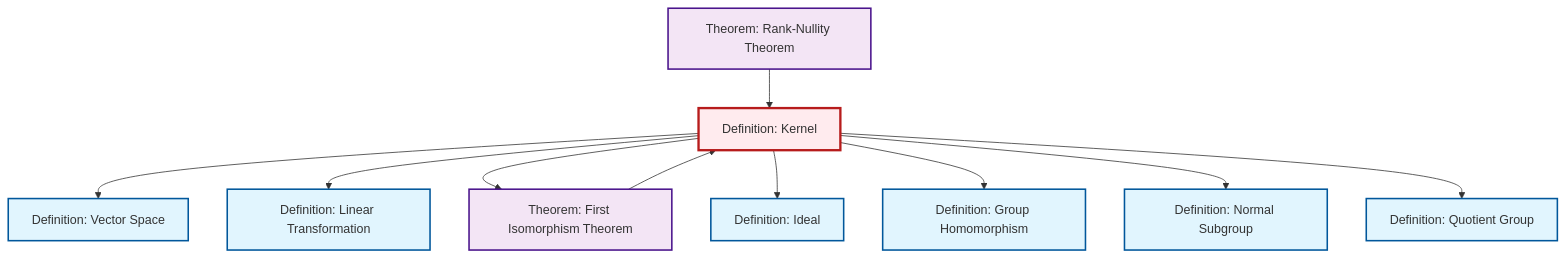
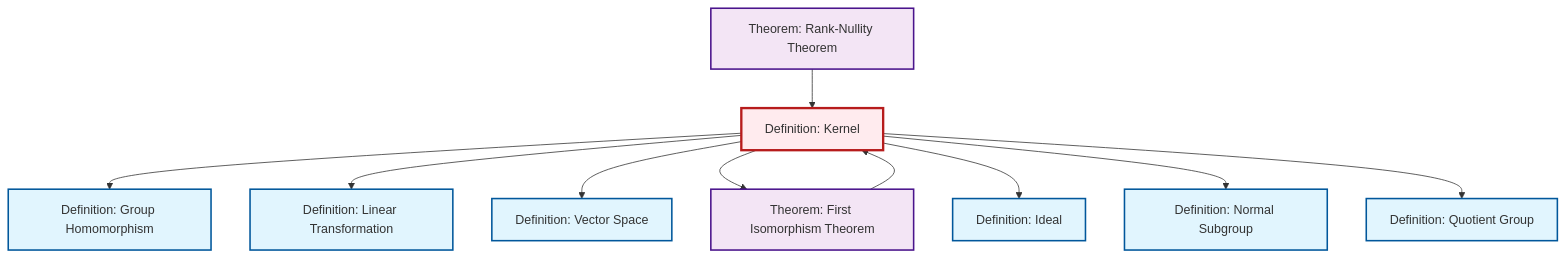
One commit to RK0429/ModernMath changed the diagram in content/ja/algebra/def-kernel.qmd. Above: the diagram before and after it, drawn with Mermaid. The commit also changed other lines of this file and 554 other files, not shown here.

````diff
--- a/content/ja/algebra/def-kernel.qmd
+++ b/content/ja/algebra/def-kernel.qmd
@@ -80,36 +80,36 @@
 ```{mermaid}
 %%| fig-cap: "Local dependency graph"
 graph TD
     classDef definition fill:#e1f5fe,stroke:#01579b,stroke-width:2px
     classDef theorem fill:#f3e5f5,stroke:#4a148c,stroke-width:2px
     classDef axiom fill:#fff3e0,stroke:#e65100,stroke-width:2px
     classDef example fill:#e8f5e9,stroke:#1b5e20,stroke-width:2px
     classDef current fill:#ffebee,stroke:#b71c1c,stroke-width:3px
+    def-quotient-group["Definition: Quotient Group"]:::definition
+    def-vector-space["Definition: Vector Space"]:::definition
+    thm-rank-nullity["Theorem: Rank-Nullity Theorem"]:::theorem
+    def-kernel["Definition: Kernel"]:::definition
     def-ideal["Definition: Ideal"]:::definition
-    def-quotient-group["Definition: Quotient Group"]:::definition
-    thm-rank-nullity["Theorem: Rank-Nullity Theorem"]:::theorem
+    def-linear-transformation["Definition: Linear Transformation"]:::definition
+    def-normal-subgroup["Definition: Normal Subgroup"]:::definition
+    def-homomorphism["Definition: Group Homomorphism"]:::definition
     thm-first-isomorphism["Theorem: First Isomorphism Theorem"]:::theorem
-    def-normal-subgroup["Definition: Normal Subgroup"]:::definition
-    def-linear-transformation["Definition: Linear Transformation"]:::definition
-    def-vector-space["Definition: Vector Space"]:::definition
-    def-kernel["Definition: Kernel"]:::definition
-    def-homomorphism["Definition: Group Homomorphism"]:::definition
+    def-kernel --> def-homomorphism
+    def-kernel --> def-linear-transformation
+    thm-rank-nullity --> def-kernel
     def-kernel --> def-vector-space
-    def-kernel --> def-linear-transformation
     def-kernel --> thm-first-isomorphism
+    thm-first-isomorphism --> def-kernel
     def-kernel --> def-ideal
-    def-kernel --> def-homomorphism
     def-kernel --> def-normal-subgroup
     def-kernel --> def-quotient-group
-    thm-first-isomorphism --> def-kernel
-    thm-rank-nullity --> def-kernel
     class def-kernel current
+    click def-quotient-group "def-quotient-group.html" "Definition: Quotient Groupへ"
+    click def-vector-space "def-vector-space.html" "Definition: Vector Spaceへ"
+    click thm-rank-nullity "thm-rank-nullity.html" "Theorem: Rank-Nullity Theoremへ"
     click def-ideal "def-ideal.html" "Definition: Idealへ"
-    click def-quotient-group "def-quotient-group.html" "Definition: Quotient Groupへ"
-    click thm-rank-nullity "thm-rank-nullity.html" "Theorem: Rank-Nullity Theoremへ"
+    click def-linear-transformation "def-linear-transformation.html" "Definition: Linear Transformationへ"
+    click def-normal-subgroup "def-normal-subgroup.html" "Definition: Normal Subgroupへ"
+    click def-homomorphism "def-homomorphism.html" "Definition: Group Homomorphismへ"
     click thm-first-isomorphism "thm-first-isomorphism.html" "Theorem: First Isomorphism Theoremへ"
-    click def-normal-subgroup "def-normal-subgroup.html" "Definition: Normal Subgroupへ"
-    click def-linear-transformation "def-linear-transformation.html" "Definition: Linear Transformationへ"
-    click def-vector-space "def-vector-space.html" "Definition: Vector Spaceへ"
-    click def-homomorphism "def-homomorphism.html" "Definition: Group Homomorphismへ"
 ```
````
